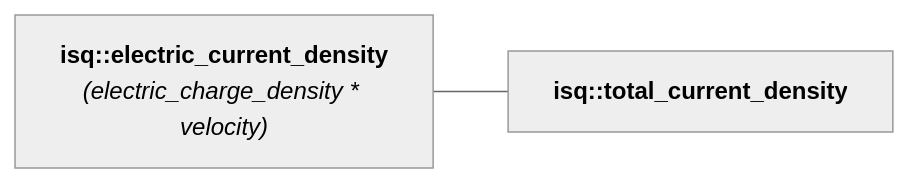
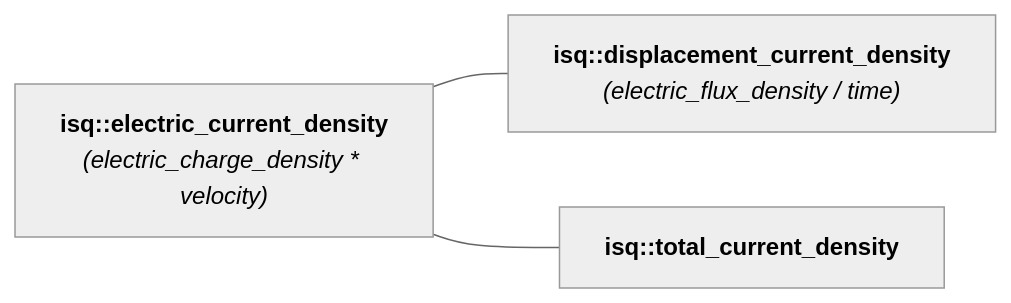
One commit to mpusz/mp-units changed the diagram in docs/reference/systems_reference/hierarchies/electric_current_density.md. Above: the diagram before and after it, drawn with Mermaid (neutral theme). The commit also changed 38 other files, not shown here.

````diff
--- a/docs/reference/systems_reference/hierarchies/electric_current_density.md
+++ b/docs/reference/systems_reference/hierarchies/electric_current_density.md
@@ -8,6 +8,8 @@
 ```mermaid
 flowchart LR
     isq_electric_current_density["<b><a href="../../systems/isq/#electric_current_density" style="color: var(--md-mermaid-label-fg-color); text-decoration: none;">isq::electric_current_density</a></b><br><i>(<a href="../../systems/isq/#electric_charge_density" style="color: var(--md-mermaid-label-fg-color); text-decoration: none;">electric_charge_density</a> * <a href="../../systems/isq/#velocity" style="color: var(--md-mermaid-label-fg-color); text-decoration: none;">velocity</a>)</i>"]
+    isq_displacement_current_density["<b><a href="../../systems/isq/#displacement_current_density" style="color: var(--md-mermaid-label-fg-color); text-decoration: none;">isq::displacement_current_density</a></b><br><i>(<a href="../../systems/isq/#electric_flux_density" style="color: var(--md-mermaid-label-fg-color); text-decoration: none;">electric_flux_density</a> / <a href="../../systems/isq/#time" style="color: var(--md-mermaid-label-fg-color); text-decoration: none;">time</a>)</i>"]
+    isq_electric_current_density --- isq_displacement_current_density
     isq_total_current_density["<b><a href="../../systems/isq/#total_current_density" style="color: var(--md-mermaid-label-fg-color); text-decoration: none;">isq::total_current_density</a></b>"]
     isq_electric_current_density --- isq_total_current_density
 ```
````
